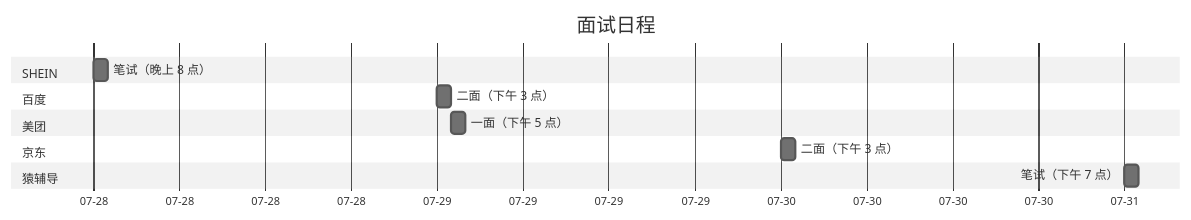
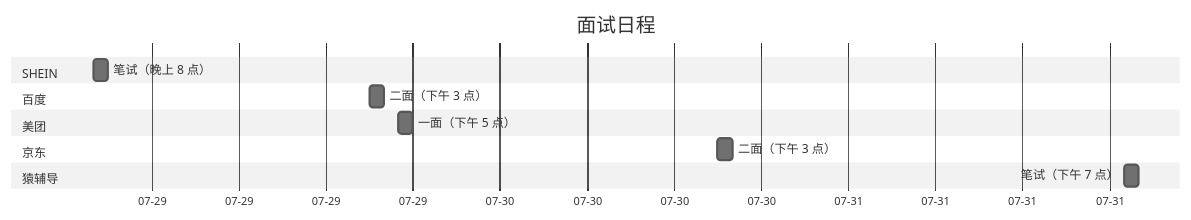
The diagram in calendar.mmd (AlertNull/interview-schedule), drawn with Mermaid (neutral theme) before and after one commit.

Commit message:
feat: change chart style

```diff
--- a/calendar.mmd
+++ b/calendar.mmd
@@ -1,14 +1,14 @@
 gantt
-    axisFormat  %m-%d
+		axisFormat  %m-%d
     title 面试日程
-    dateFormat  YYYY-MM-DD
+    dateFormat  YYYY-MM-DD-H
     section SHEIN
-    笔试（晚上 8 点）:2021-07-28,1h
+    笔试（晚上 8 点）           :2021-07-28-20, 1h
     section 百度
-    二面（下午 3 点）:baidu, 2021-07-29, 1h
+    二面（下午 3 点）:2021-07-29-15, 1h
     section 美团
-    一面（下午 5 点）:after baidu, 1h
+    一面（下午 5 点）:2021-07-29-17, 1h
     section 京东
-    二面（下午 3 点）: 2021-07-30, 1h
+    二面（下午 3 点）: 2021-07-30-15, 1h
     section 猿辅导
-    笔试（下午 7 点）: 2021-07-31, 1h
+    笔试（下午 7 点）: 2021-07-31-19, 1h
```
